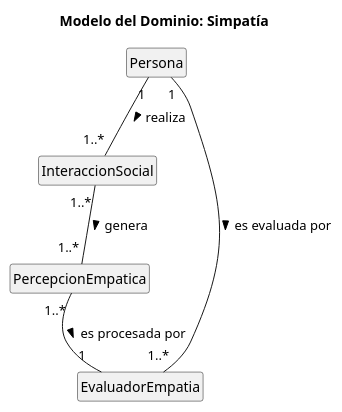
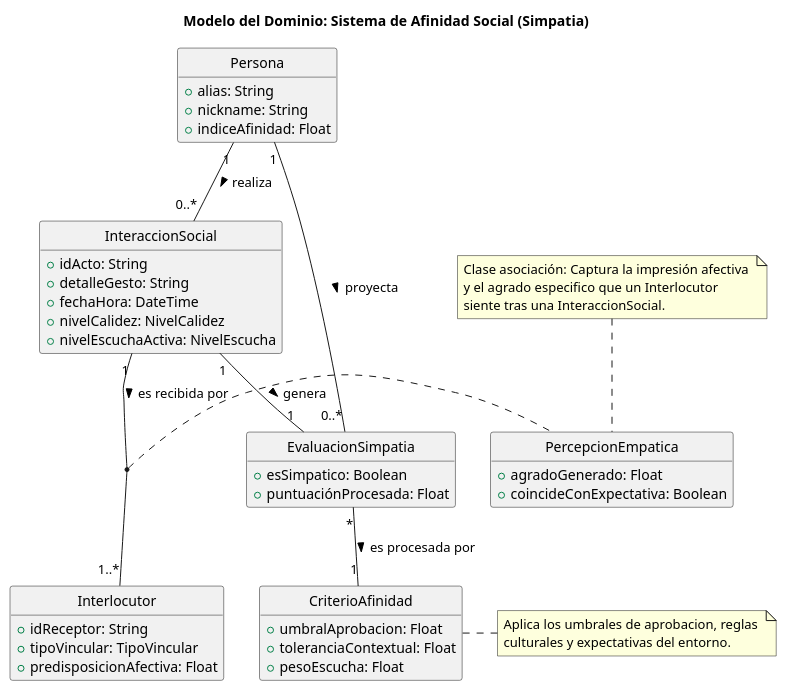
The diagram in entregas/MuciñoEmilio/Simpatía/Simpatía.puml (Emiliomuci/26-27-idsw1), drawn with PlantUML before and after one commit.

Commit message:
Actualizando diagrama PlantUML de simpatía
estructurar diagrama PlantUML de simpatía

- Definición de clases, atributos e índices de afinidad.
- Inclusión de la clase asociación PercepcionEmpatica.
- Asignación de multiplicadores y criterios de afinidad

```diff
--- a/entregas/MuciñoEmilio/Simpatía/Simpatía.puml
+++ b/entregas/MuciñoEmilio/Simpatía/Simpatía.puml
@@ -1,17 +1,64 @@
 @startuml
 skinparam style strictuml
 hide empty members
 
-title Modelo del Dominio: Simpatía
+title Modelo del Dominio: Sistema de Afinidad Social (Simpatia)
 
-class Persona
-class InteraccionSocial
-class PercepcionEmpatica
-class EvaluadorEmpatia
+class Persona {
+  + alias: String
+  + nickname: String
+  + indiceAfinidad: Float
+}
 
-Persona "1" -- "1..*" InteraccionSocial : realiza >
-InteraccionSocial "1..*" -- "1..*" PercepcionEmpatica : genera >
-Persona "1" -- "1..*" EvaluadorEmpatia : es evaluada por >
-PercepcionEmpatica "1..*" -- "1" EvaluadorEmpatia : es procesada por >
+class InteraccionSocial {
+  + idActo: String
+  + detalleGesto: String
+  + fechaHora: DateTime
+  + nivelCalidez: NivelCalidez
+  + nivelEscuchaActiva: NivelEscucha
+}
+
+class Interlocutor {
+  + idReceptor: String
+  + tipoVincular: TipoVincular
+  + predisposicionAfectiva: Float
+}
+
+class PercepcionEmpatica {
+  + agradoGenerado: Float
+  + coincideConExpectativa: Boolean
+}
+
+class CriterioAfinidad {
+  + umbralAprobacion: Float
+  + toleranciaContextual: Float
+  + pesoEscucha: Float
+}
+
+class EvaluacionSimpatia {
+  + esSimpatico: Boolean
+  + puntuaciónProcesada: Float
+}
+
+' Relaciones
+Persona "1" -- "0..*" InteraccionSocial : realiza >
+Persona "1" -- "0..*" EvaluacionSimpatia : proyecta >
+
+InteraccionSocial "1" -- "1..*" Interlocutor : es recibida por >
+(InteraccionSocial, Interlocutor) .. PercepcionEmpatica
+
+InteraccionSocial "1" -- "1" EvaluacionSimpatia : genera >
+EvaluacionSimpatia "*" -- "1" CriterioAfinidad : es procesada por >
+
+note top of PercepcionEmpatica
+  Clase asociación: Captura la impresión afectiva 
+  y el agrado especifico que un Interlocutor 
+  siente tras una InteraccionSocial.
+end note
+
+note right of CriterioAfinidad
+  Aplica los umbrales de aprobacion, reglas 
+  culturales y expectativas del entorno.
+end note
 
 @enduml
```
